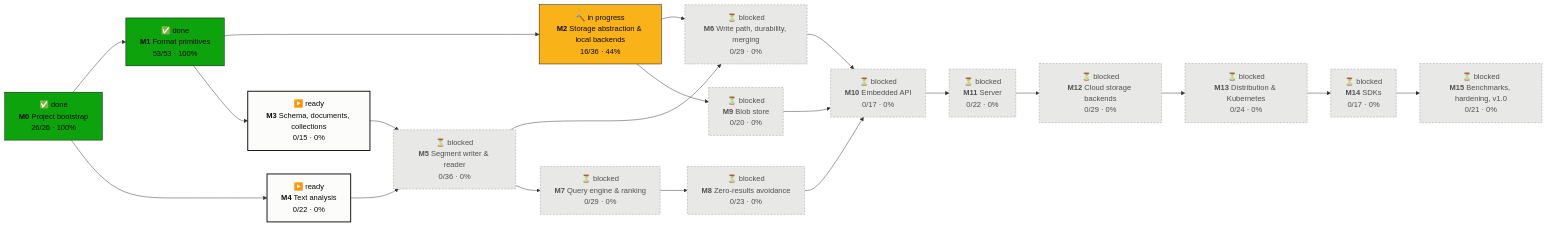
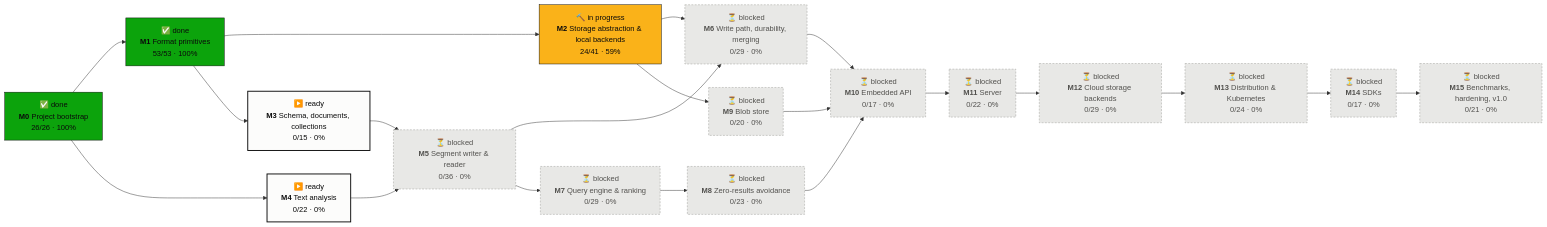
Before and after one commit to tomiok/persiaDB: the first of 2 diagrams in PROGRESS.md, drawn with Mermaid. The commit also changed other lines of this file and 2 other files, not shown here.

Commit message:
chore(roadmap): tick 2.4.1-2.4.4, 2.4.7, 2.4.9

````diff
--- a/PROGRESS.md
+++ b/PROGRESS.md
@@ -14,42 +14,42 @@
 ```mermaid
 flowchart LR
   M0["✅ done<br/><b>M0</b> Project bootstrap<br/>26/26 · 100%"]:::done
   M1["✅ done<br/><b>M1</b> Format primitives<br/>53/53 · 100%"]:::done
-  M2["🔨 in progress<br/><b>M2</b> Storage abstraction & local backends<br/>16/36 · 44%"]:::doing
+  M2["🔨 in progress<br/><b>M2</b> Storage abstraction & local backends<br/>24/41 · 59%"]:::doing
   M3["▶️ ready<br/><b>M3</b> Schema, documents, collections<br/>0/15 · 0%"]:::ready
   M4["▶️ ready<br/><b>M4</b> Text analysis<br/>0/22 · 0%"]:::ready
   M5["⏳ blocked<br/><b>M5</b> Segment writer & reader<br/>0/36 · 0%"]:::blocked
   M6["⏳ blocked<br/><b>M6</b> Write path, durability, merging<br/>0/29 · 0%"]:::blocked
   M7["⏳ blocked<br/><b>M7</b> Query engine & ranking<br/>0/29 · 0%"]:::blocked
   M8["⏳ blocked<br/><b>M8</b> Zero-results avoidance<br/>0/23 · 0%"]:::blocked
   M9["⏳ blocked<br/><b>M9</b> Blob store<br/>0/20 · 0%"]:::blocked
   M10["⏳ blocked<br/><b>M10</b> Embedded API<br/>0/17 · 0%"]:::blocked
   M11["⏳ blocked<br/><b>M11</b> Server<br/>0/22 · 0%"]:::blocked
   M12["⏳ blocked<br/><b>M12</b> Cloud storage backends<br/>0/29 · 0%"]:::blocked
   M13["⏳ blocked<br/><b>M13</b> Distribution & Kubernetes<br/>0/24 · 0%"]:::blocked
   M14["⏳ blocked<br/><b>M14</b> SDKs<br/>0/17 · 0%"]:::blocked
   M15["⏳ blocked<br/><b>M15</b> Benchmarks, hardening, v1.0<br/>0/21 · 0%"]:::blocked
   M0 --> M1
   M1 --> M2
   M1 --> M3
   M0 --> M4
   M3 --> M5
   M4 --> M5
   M2 --> M6
   M5 --> M6
   M5 --> M7
   M7 --> M8
   M2 --> M9
   M6 --> M10
   M8 --> M10
   M9 --> M10
   M10 --> M11
   M11 --> M12
   M12 --> M13
   M13 --> M14
   M14 --> M15
   classDef done fill:#0ca30c,stroke:#0b0b0b,color:#0b0b0b
   classDef doing fill:#fab219,stroke:#0b0b0b,color:#0b0b0b
   classDef ready fill:#fcfcfb,stroke:#0b0b0b,stroke-width:2px,color:#0b0b0b
   classDef blocked fill:#e8e8e6,stroke:#9a9a96,stroke-dasharray:4 3,color:#52514e
 ```
````
